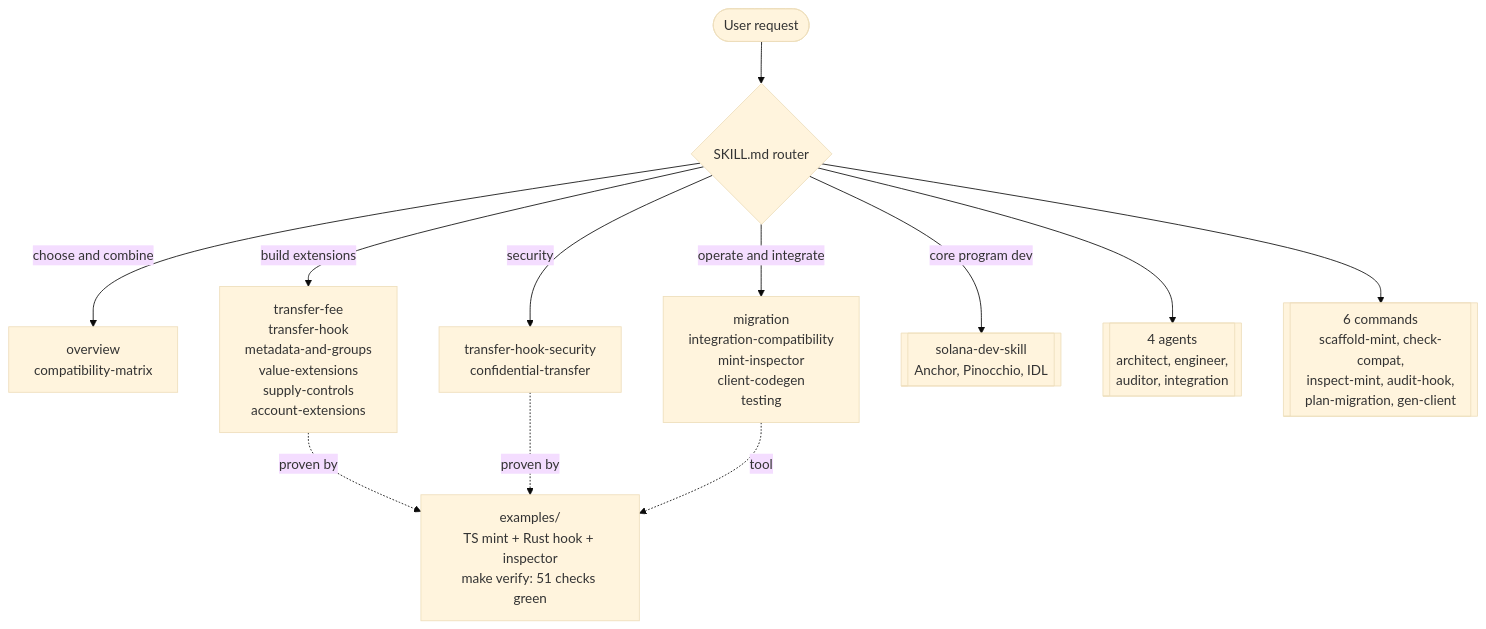
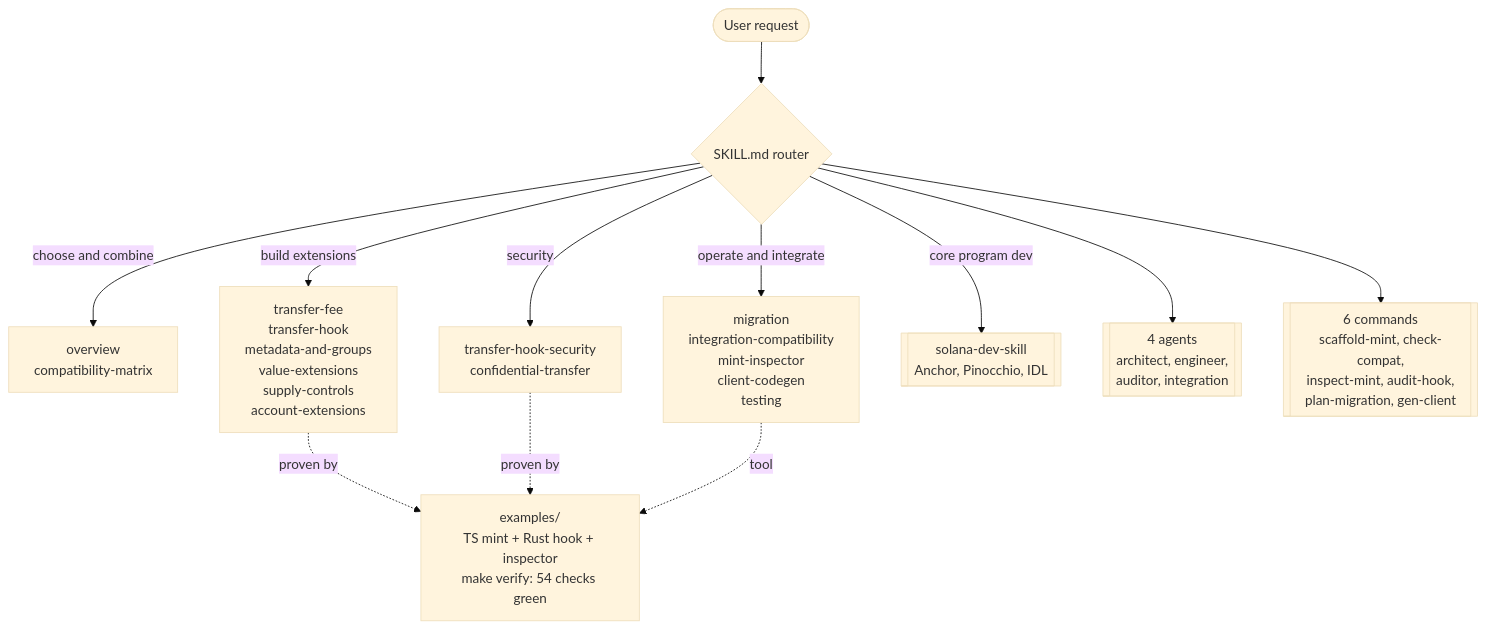
One commit to Andy00L/solana-token-extensions-skill changed the diagram in README.md. Above: the diagram before and after it, drawn with Mermaid (base theme). The commit also changed other lines of this file and 7 other files, not shown here.

````diff
--- a/README.md
+++ b/README.md
@@ -20,14 +20,14 @@
 ```mermaid
 flowchart TD
     U([User request]) --> R{SKILL.md router}
     R -->|choose and combine| C["overview<br/>compatibility-matrix"]
     R -->|build extensions| B["transfer-fee<br/>transfer-hook<br/>metadata-and-groups<br/>value-extensions<br/>supply-controls<br/>account-extensions"]
     R -->|operate and integrate| O["migration<br/>integration-compatibility<br/>mint-inspector<br/>client-codegen<br/>testing"]
     R -->|security| S["transfer-hook-security<br/>confidential-transfer"]
     R -->|core program dev| CORE[["solana-dev-skill<br/>Anchor, Pinocchio, IDL"]]
     R --> AG[["4 agents<br/>architect, engineer,<br/>auditor, integration"]]
     R --> CMD[["6 commands<br/>scaffold-mint, check-compat,<br/>inspect-mint, audit-hook,<br/>plan-migration, gen-client"]]
-    B -.proven by.-> EX["examples/<br/>TS mint + Rust hook + inspector<br/>make verify: 51 checks green"]
+    B -.proven by.-> EX["examples/<br/>TS mint + Rust hook + inspector<br/>make verify: 54 checks green"]
     S -.proven by.-> EX
     O -.tool.-> EX
 ```
````
